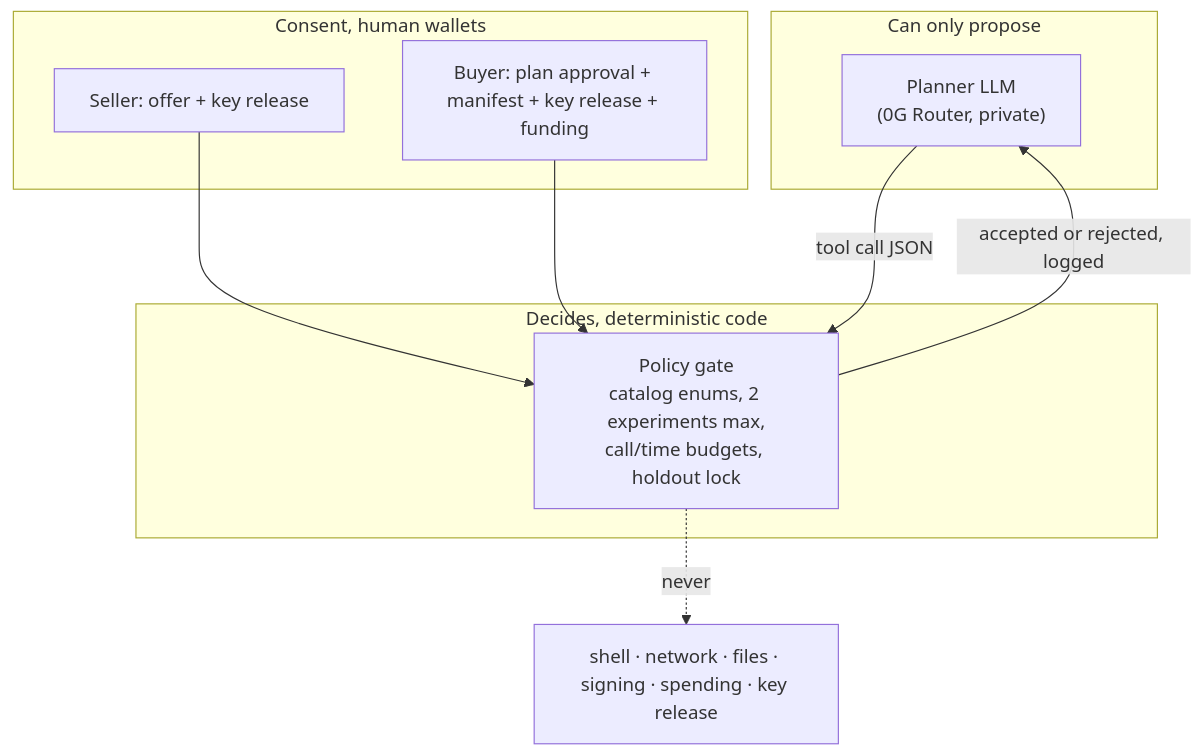
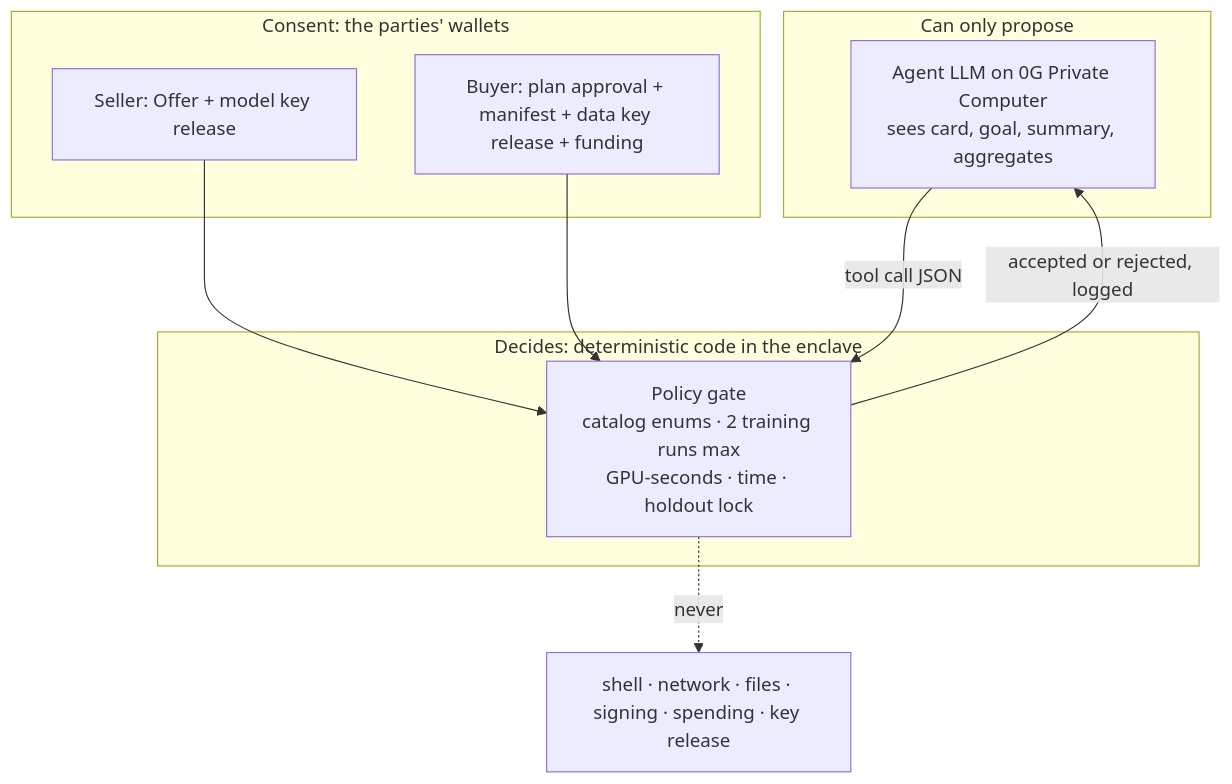
Before and after one commit to Soni-Shivam/Pivot_HTE: the second of 16 diagrams in docs/ARCHITECTURE.md, drawn with Mermaid. The commit also changed other lines of this file and 7 other files, not shown here.

First line of the commit message:
Plan rev 3: real model trained in the enclave, no mock mode

````diff
--- a/docs/ARCHITECTURE.md
+++ b/docs/ARCHITECTURE.md
@@ -61,18 +56,18 @@
 ```mermaid
 flowchart TB
     subgraph PROPOSE["Can only propose"]
-        LLM["Planner LLM<br/>(0G Router, private)"]
+        LLM["Agent LLM on 0G Private Computer<br/>sees card, goal, summary, aggregates"]
     end
-    subgraph DECIDE["Decides, deterministic code"]
-        G["Policy gate<br/>catalog enums, 2 experiments max,<br/>call/time budgets, holdout lock"]
+    subgraph DECIDE["Decides: deterministic code in the enclave"]
+        G["Policy gate<br/>catalog enums · 2 training runs max<br/>GPU-seconds · time · holdout lock"]
     end
-    subgraph CONSENT["Consent, human wallets"]
-        S["Seller: offer + key release"]
-        B["Buyer: plan approval + manifest + key release + funding"]
+    subgraph CONSENT["Consent: the parties' wallets"]
+        S["Seller: Offer + model key release"]
+        B["Buyer: plan approval + manifest + data key release + funding"]
     end
     LLM -- "tool call JSON" --> G
     G -- "accepted or rejected, logged" --> LLM
     S --> G
     B --> G
     G -. "never" .-> NO["shell · network · files · signing · spending · key release"]
 ```
````
